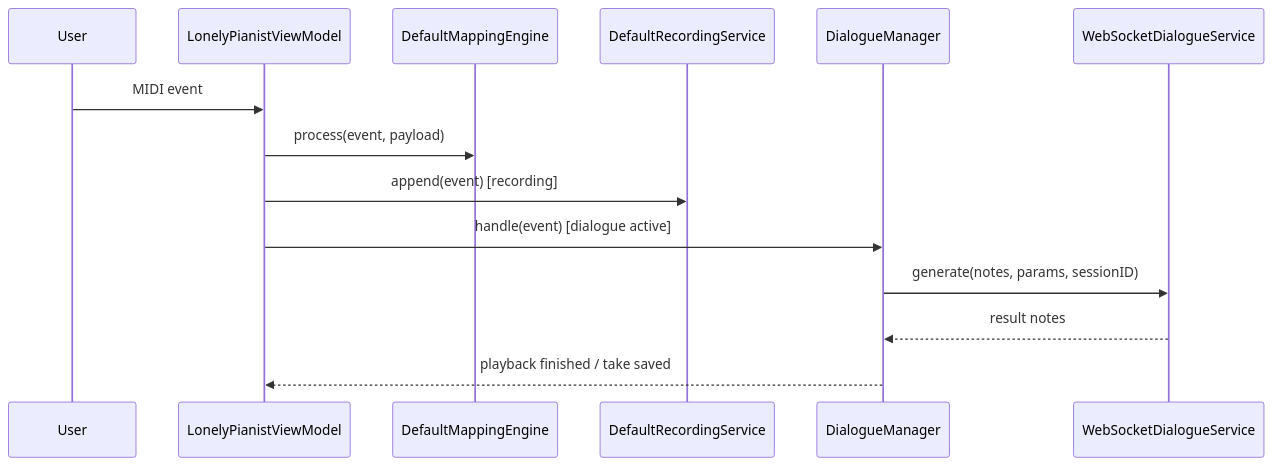
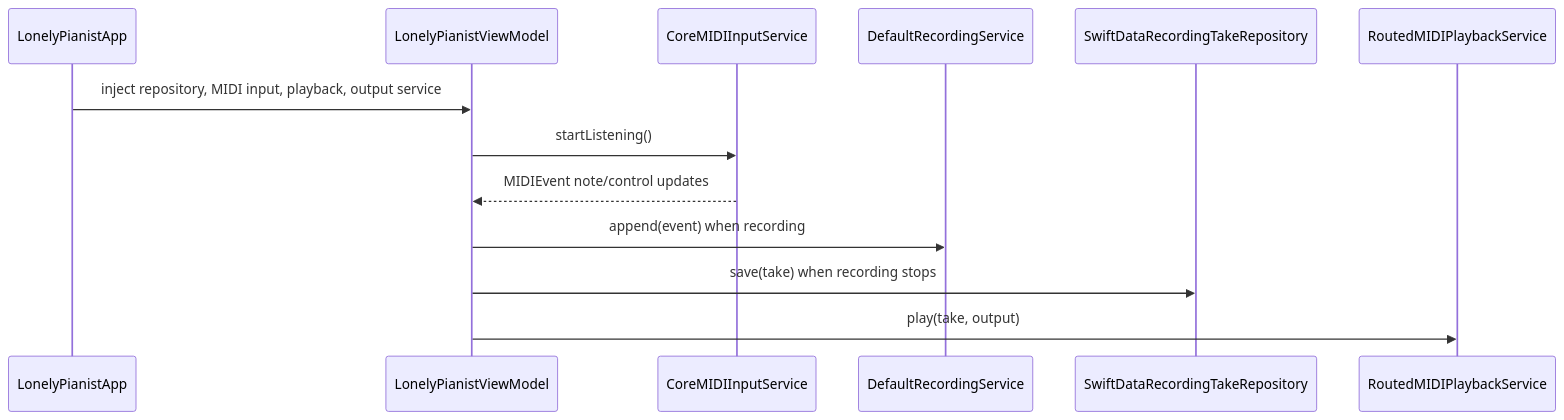
Before and after one commit to chiimagnus/Amoroso: the first of 4 diagrams in docs/data-flow.md, drawn with Mermaid. The commit also changed other lines of this file and 16 other files, not shown here.

````diff
--- a/docs/data-flow.md
+++ b/docs/data-flow.md
@@ -18,17 +21,16 @@
 ```mermaid
 sequenceDiagram
-  participant U as User
-  participant M as LonelyPianistViewModel
-  participant E as DefaultMappingEngine
-  participant R as DefaultRecordingService
-  participant D as DialogueManager
-  participant S as WebSocketDialogueService
+  participant App as LonelyPianistApp
+  participant VM as LonelyPianistViewModel
+  participant MIDI as CoreMIDIInputService
+  participant Rec as DefaultRecordingService
+  participant Repo as SwiftDataRecordingTakeRepository
+  participant Play as RoutedMIDIPlaybackService
 
-  U->>M: MIDI event
-  M->>E: process(event, payload)
-  M->>R: append(event) [recording]
-  M->>D: handle(event) [dialogue active]
-  D->>S: generate(notes, params, sessionID)
-  S-->>D: result notes
-  D-->>M: playback finished / take saved
+  App->>VM: inject repository, MIDI input, playback, output service
+  VM->>MIDI: startListening()
+  MIDI-->>VM: MIDIEvent note/control updates
+  VM->>Rec: append(event) when recording
+  VM->>Repo: save(take) when recording stops
+  VM->>Play: play(take, output)
 ```
````
